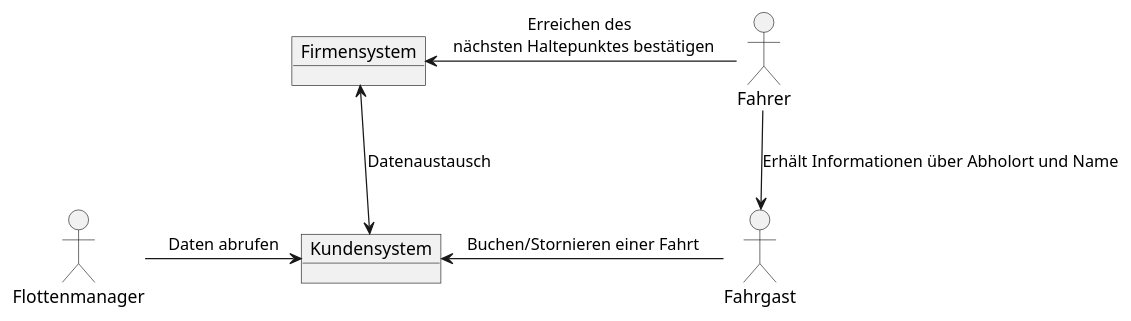
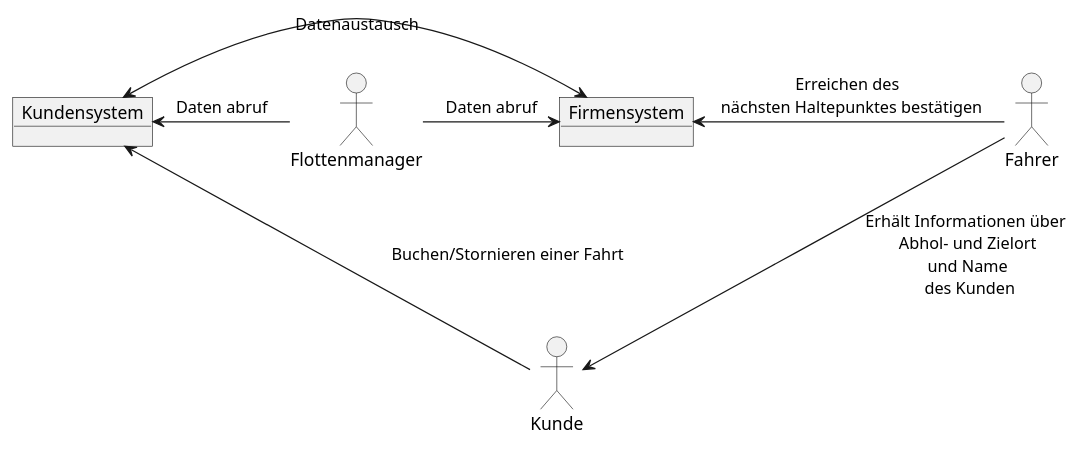
One commit to KevGOtt/Objektorientierte-Softwaretechnik changed the diagram in src/main/java/EasyRide/Woche1/04 Systemkontext und Akteure.puml. Above: the diagram before and after it, drawn with PlantUML. The commit also changed 7 other files, not shown here.

```diff
--- a/src/main/java/EasyRide/Woche1/04 Systemkontext und Akteure.puml
+++ b/src/main/java/EasyRide/Woche1/04 Systemkontext und Akteure.puml
@@ -1,19 +1,20 @@
 @startuml
 allowmixing
 
-actor Fahrgast
+actor Kunde
 actor Fahrer
 actor Flottenmanager
 
 object Kundensystem
 object Firmensystem
 
-Fahrgast -left-> Kundensystem : Buchen/Stornieren einer Fahrt
+Kunde -left-> Kundensystem : Buchen/Stornieren einer Fahrt
 
 
 
-Fahrer --> Fahrgast : Erhält Informationen über Abholort und Name
+Fahrer --> Kunde : Erhält Informationen über \n Abhol- und Zielort \n und Name \n des Kunden
 Fahrer -left-> Firmensystem : Erreichen des \n nächsten Haltepunktes bestätigen
-Flottenmanager -> Kundensystem : Daten abrufen
-Firmensystem <--> Kundensystem : Datenaustausch
+Flottenmanager -left> Kundensystem : Daten abruf
+Flottenmanager -> Firmensystem : Daten abruf
+Firmensystem <-right-> Kundensystem : Datenaustausch
 @enduml
```
